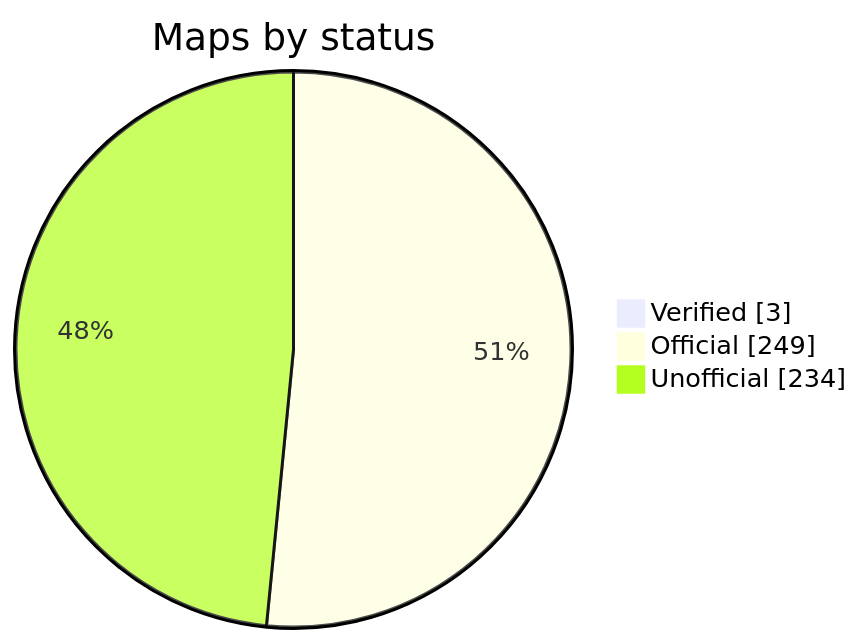
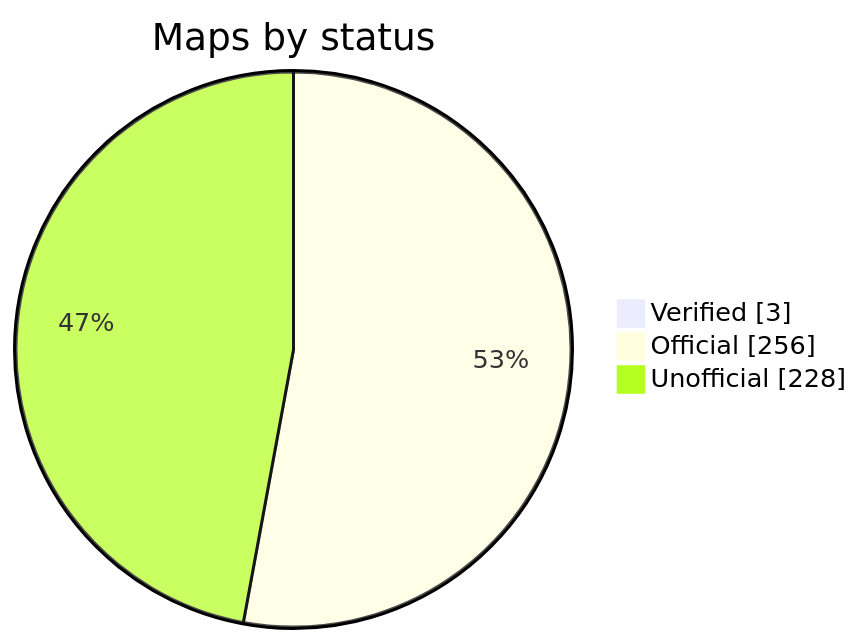
Before and after one commit to nobrega8/mbmap-library: the diagram in README.md, drawn with Mermaid. The commit also changed 8 other files, not shown here.

````diff
--- a/README.md
+++ b/README.md
@@ -48,7 +48,7 @@
 ```mermaid
 pie showData
     title Maps by status
     "Verified" : 3
-    "Official" : 249
-    "Unofficial" : 234
+    "Official" : 256
+    "Unofficial" : 228
 ```
````
